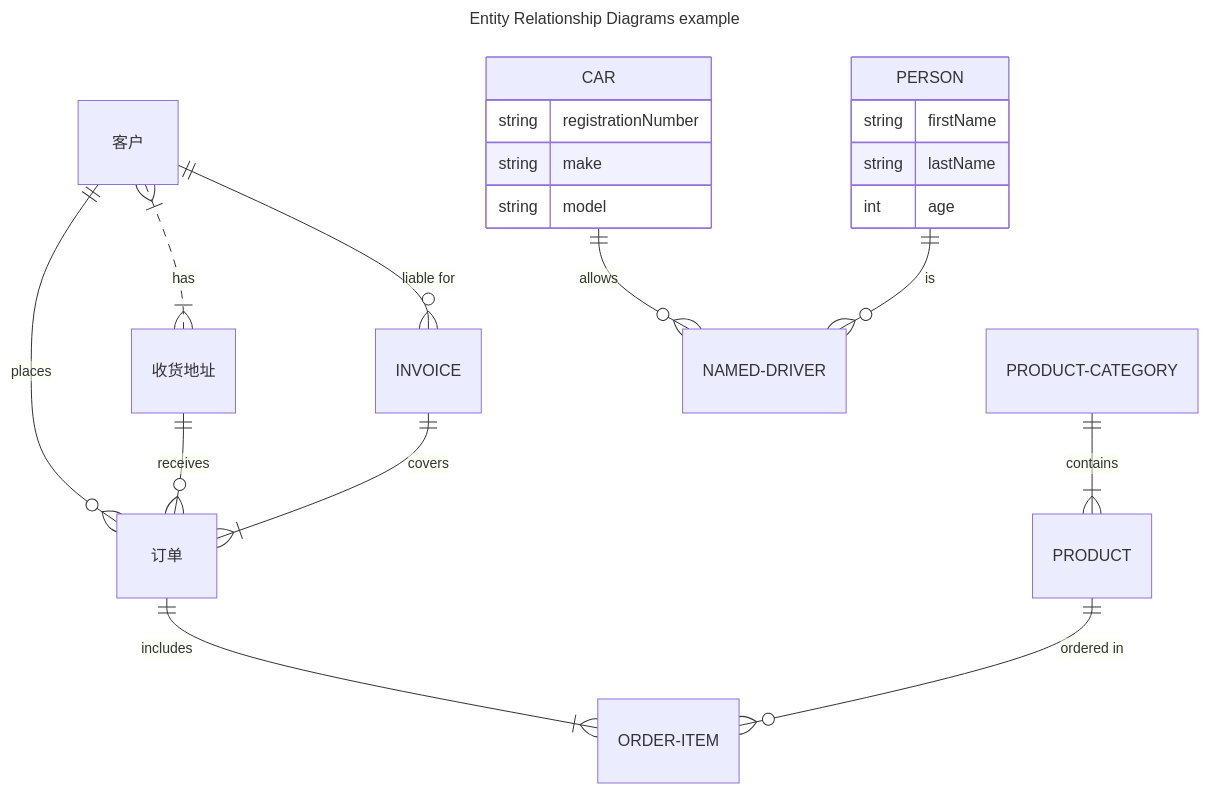
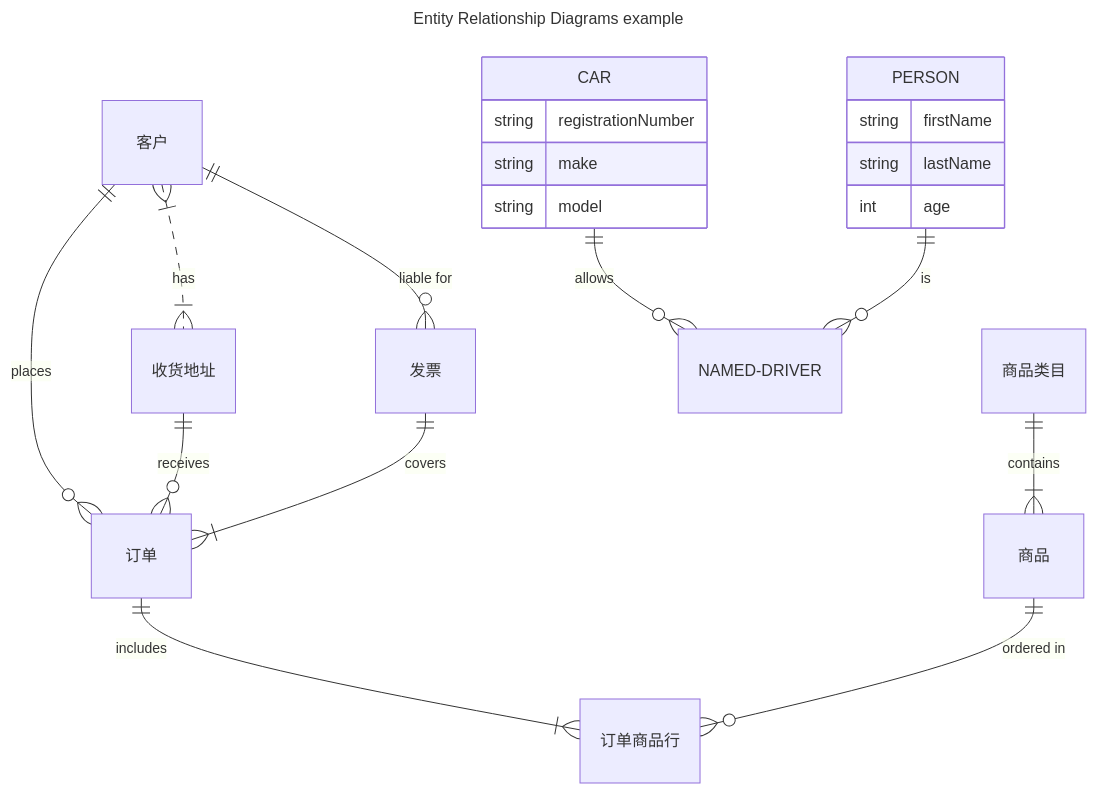
Diagram 11 of 36 in released/samples/chart.md (MadMaxChow/VLOOK), drawn with Mermaid before and after one commit. The commit also changed other lines of this file and 11 other files, not shown here.

````diff
--- a/released/samples/chart.md
+++ b/released/samples/chart.md
@@ -771,31 +772,36 @@
 ```mermaid
 ---
 title: Entity Relationship Diagrams example
 ---
 erDiagram
 	CUSTOMER["客户"]
 	ORDER["订单"]
 	DELIVERY-ADDRESS["收货地址"]
+	INVOICE["发票"]
+	DELIVERY-ADDRESS["收货地址"]
+	PRODUCT-CATEGORY["商品类目"]
+	PRODUCT["商品"]
+	ORDER-ITEM["订单商品行"]
 	
     CUSTOMER }|..|{ DELIVERY-ADDRESS : has
     CUSTOMER ||--o{ ORDER : places
     CUSTOMER ||--o{ INVOICE : "liable for"
     DELIVERY-ADDRESS ||--o{ ORDER : receives
     INVOICE ||--|{ ORDER : covers
     ORDER ||--|{ ORDER-ITEM : includes
     PRODUCT-CATEGORY ||--|{ PRODUCT : contains
     PRODUCT ||--o{ ORDER-ITEM : "ordered in"
     
     CAR ||--o{ NAMED-DRIVER : allows
     CAR {
         string registrationNumber
         string make
         string model
     }
     PERSON ||--o{ NAMED-DRIVER : is
     PERSON {
         string firstName
         string lastName
         int age
     }
 ```
````
